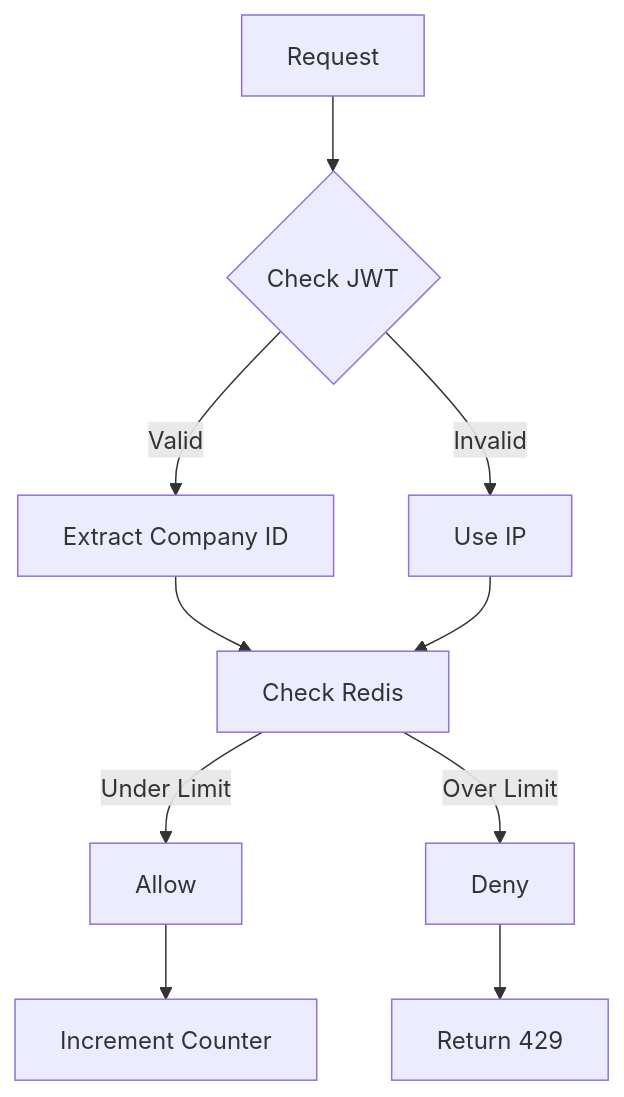
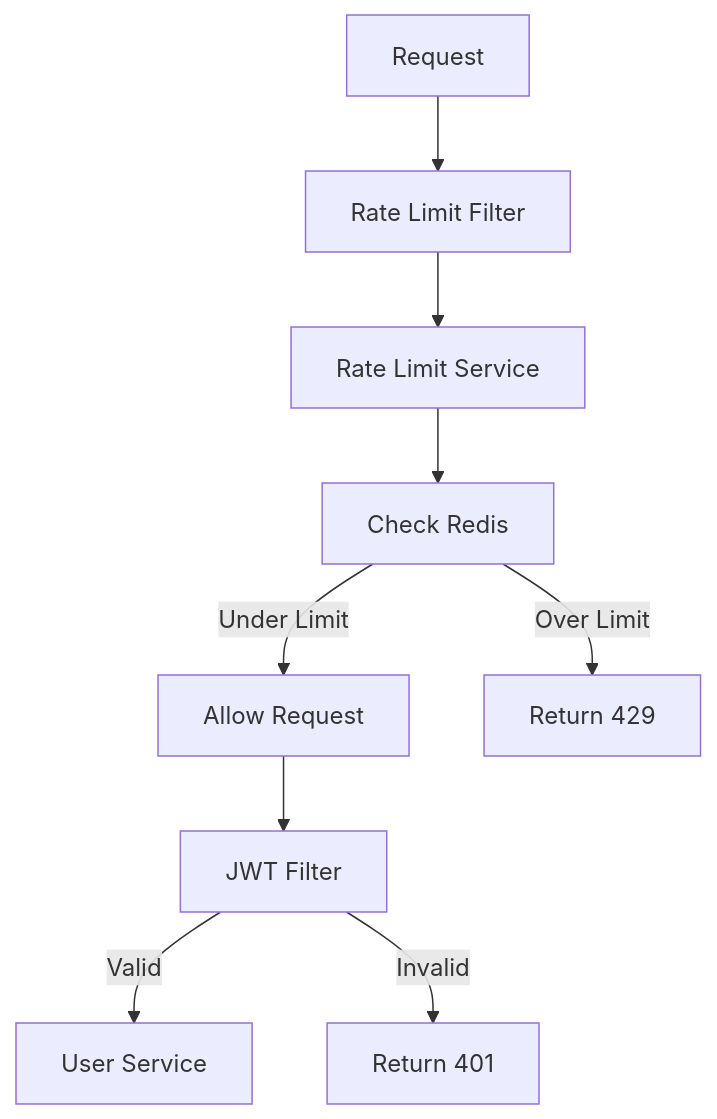
Before and after one commit to ramisback/istio-rate-limiter: the sixth of 17 diagrams in docs/01-architecture.md, drawn with Mermaid. The commit also changed other lines of this file and 3 other files, not shown here.

Commit message:
docs: updated flow diagrams

````diff
--- a/docs/01-architecture.md
+++ b/docs/01-architecture.md
@@ -304,12 +314,11 @@
 ```mermaid
 graph TD
-    A[Request] --> B{Check JWT}
-    B -->|Valid| C[Extract Company ID]
-    B -->|Invalid| D[Use IP]
-    C --> E[Check Redis]
-    D --> E
-    E -->|Under Limit| F[Allow]
-    E -->|Over Limit| G[Deny]
-    F --> H[Increment Counter]
-    G --> I[Return 429]
+    A[Request] --> B[Rate Limit Filter]
+    B --> C[Rate Limit Service]
+    C --> D[Check Redis]
+    D -->|Under Limit| E[Allow Request]
+    D -->|Over Limit| F[Return 429]
+    E --> G[JWT Filter]
+    G -->|Valid| H[User Service]
+    G -->|Invalid| I[Return 401]
 ```
````
